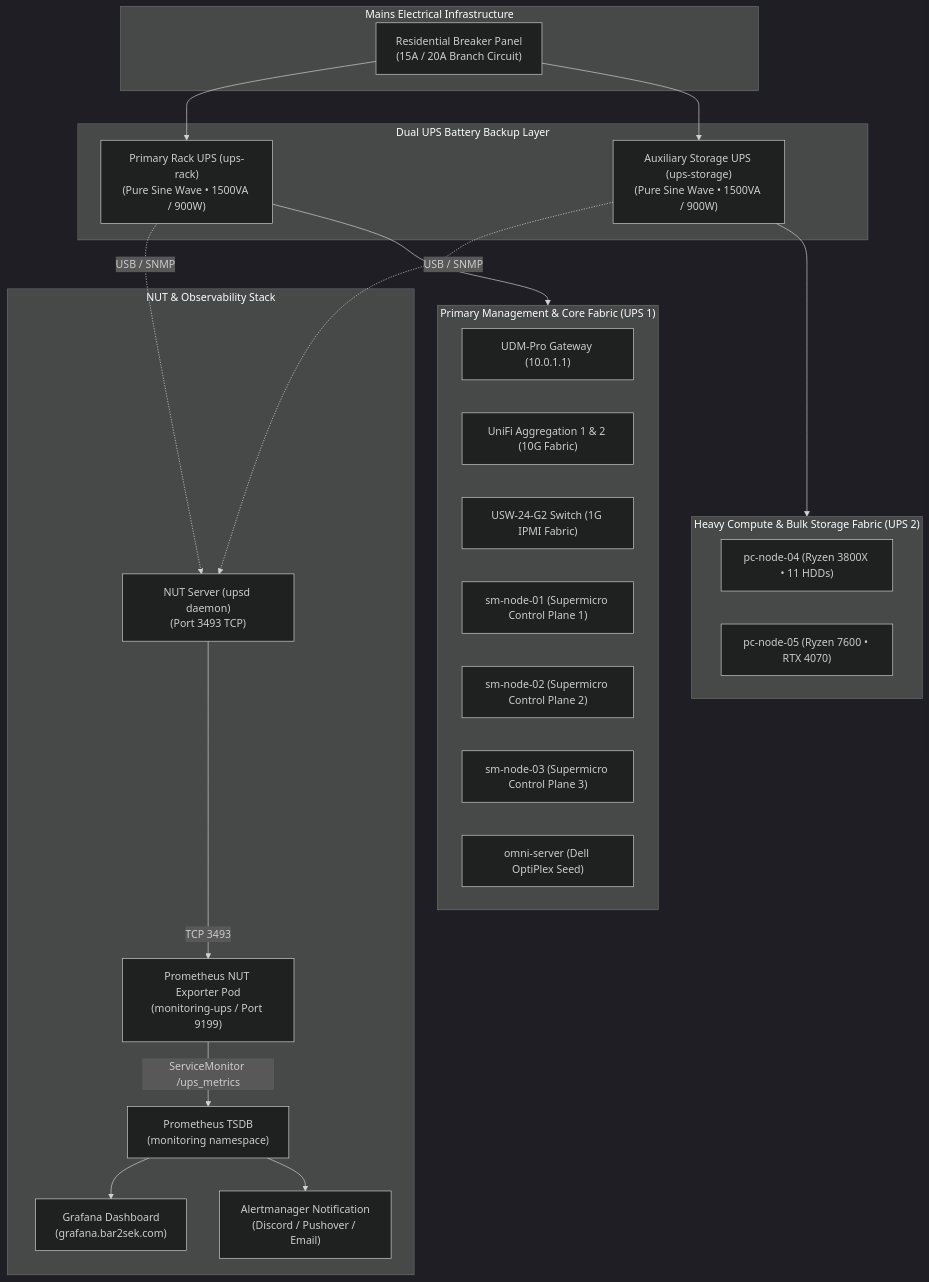
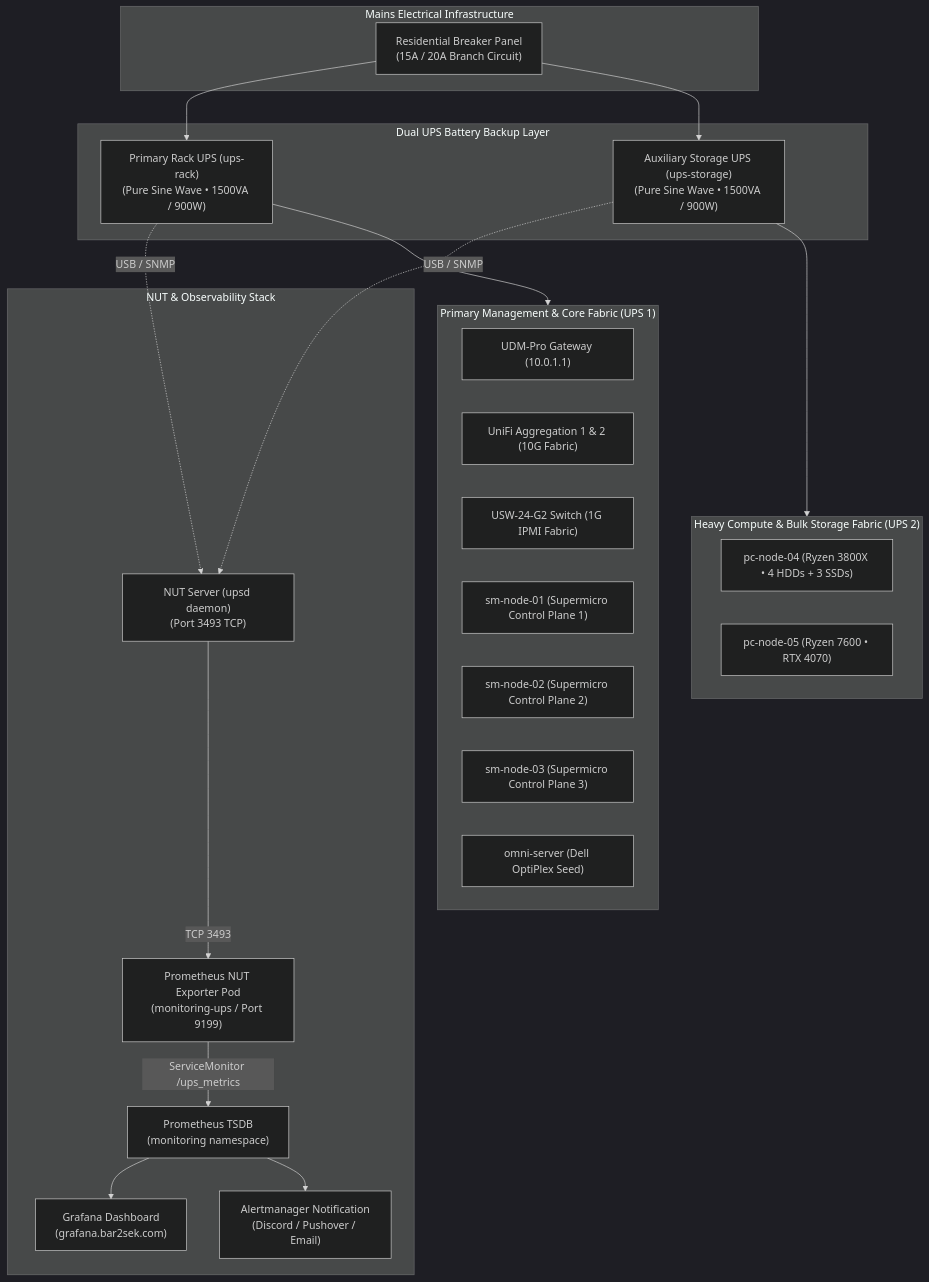
Before and after one commit to bar2sek/personal-technology: the diagram in docs/109-ups-power-monitoring-nut.md, drawn with Mermaid (dark theme). The commit also changed other lines of this file and 27 other files, not shown here.

````diff
--- a/docs/109-ups-power-monitoring-nut.md
+++ b/docs/109-ups-power-monitoring-nut.md
@@ -27,48 +27,48 @@
 ```mermaid
 graph TD
     subgraph UTILITY["Mains Electrical Infrastructure"]
         PANEL["Residential Breaker Panel<br/>(15A / 20A Branch Circuit)"]
     end
 
     subgraph UPS_FABRIC["Dual UPS Battery Backup Layer"]
         UPS1["Primary Rack UPS (ups-rack)<br/>(Pure Sine Wave • 1500VA / 900W)"]
         UPS2["Auxiliary Storage UPS (ups-storage)<br/>(Pure Sine Wave • 1500VA / 900W)"]
     end
 
     subgraph RACK_EQUIPMENT["Primary Management & Core Fabric (UPS 1)"]
         UDMP["UDM-Pro Gateway (10.0.1.1)"]
         USW_AGG["UniFi Aggregation 1 & 2 (10G Fabric)"]
         USW24["USW-24-G2 Switch (1G IPMI Fabric)"]
         SM1["sm-node-01 (Supermicro Control Plane 1)"]
         SM2["sm-node-02 (Supermicro Control Plane 2)"]
         SM3["sm-node-03 (Supermicro Control Plane 3)"]
         OMNI["omni-server (Dell OptiPlex Seed)"]
     end
 
     subgraph WORKER_EQUIPMENT["Heavy Compute & Bulk Storage Fabric (UPS 2)"]
-        PC4["pc-node-04 (Ryzen 3800X • 11 HDDs)"]
+        PC4["pc-node-04 (Ryzen 3800X • 4 HDDs + 3 SSDs)"]
         PC5["pc-node-05 (Ryzen 7600 • RTX 4070)"]
     end
 
     subgraph TELEMETRY["NUT & Observability Stack"]
         NUT_SRV["NUT Server (upsd daemon)<br/>(Port 3493 TCP)"]
         EXPORTER["Prometheus NUT Exporter Pod<br/>(monitoring-ups / Port 9199)"]
         PROM["Prometheus TSDB<br/>(monitoring namespace)"]
         GRAF["Grafana Dashboard<br/>(grafana.bar2sek.com)"]
         ALERT["Alertmanager Notification<br/>(Discord / Pushover / Email)"]
     end
 
     PANEL --> UPS1
     PANEL --> UPS2
 
     UPS1 --> RACK_EQUIPMENT
     UPS2 --> WORKER_EQUIPMENT
 
     UPS1 -. "USB / SNMP" .-> NUT_SRV
     UPS2 -. "USB / SNMP" .-> NUT_SRV
 
     NUT_SRV -->|TCP 3493| EXPORTER
     EXPORTER -->|ServiceMonitor /ups_metrics| PROM
     PROM --> GRAF
     PROM --> ALERT
 ```
````
